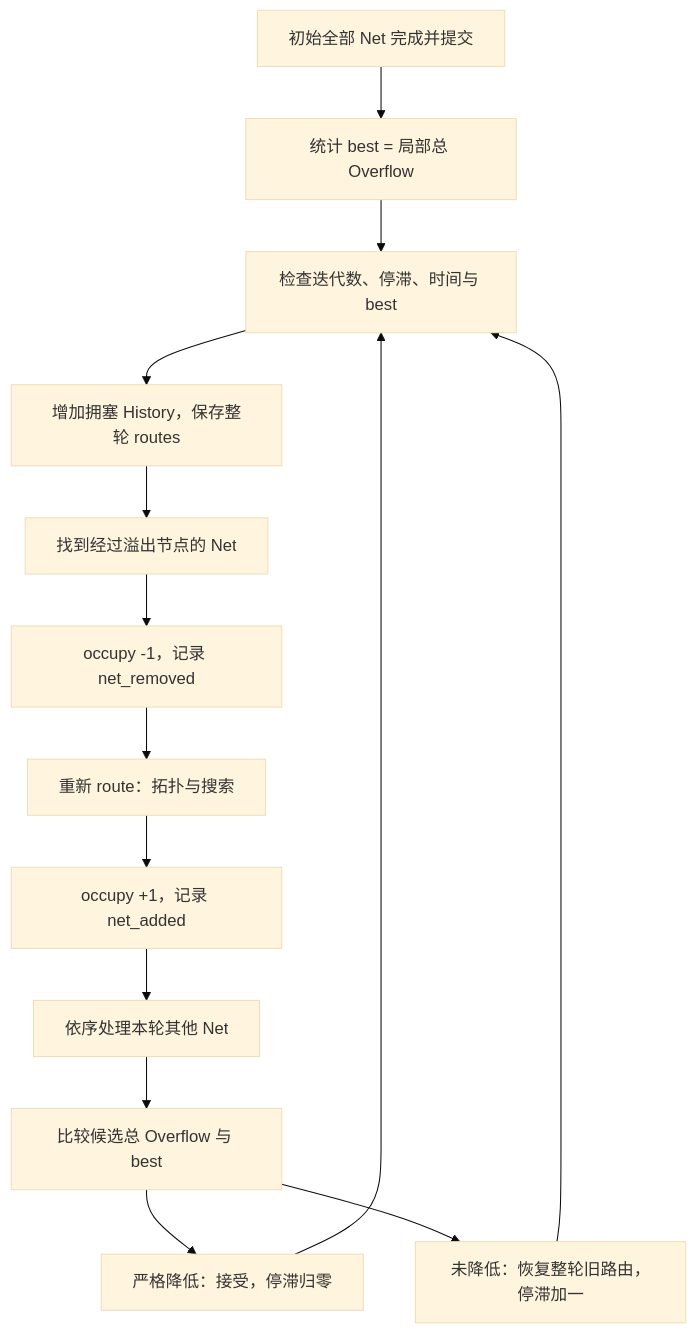
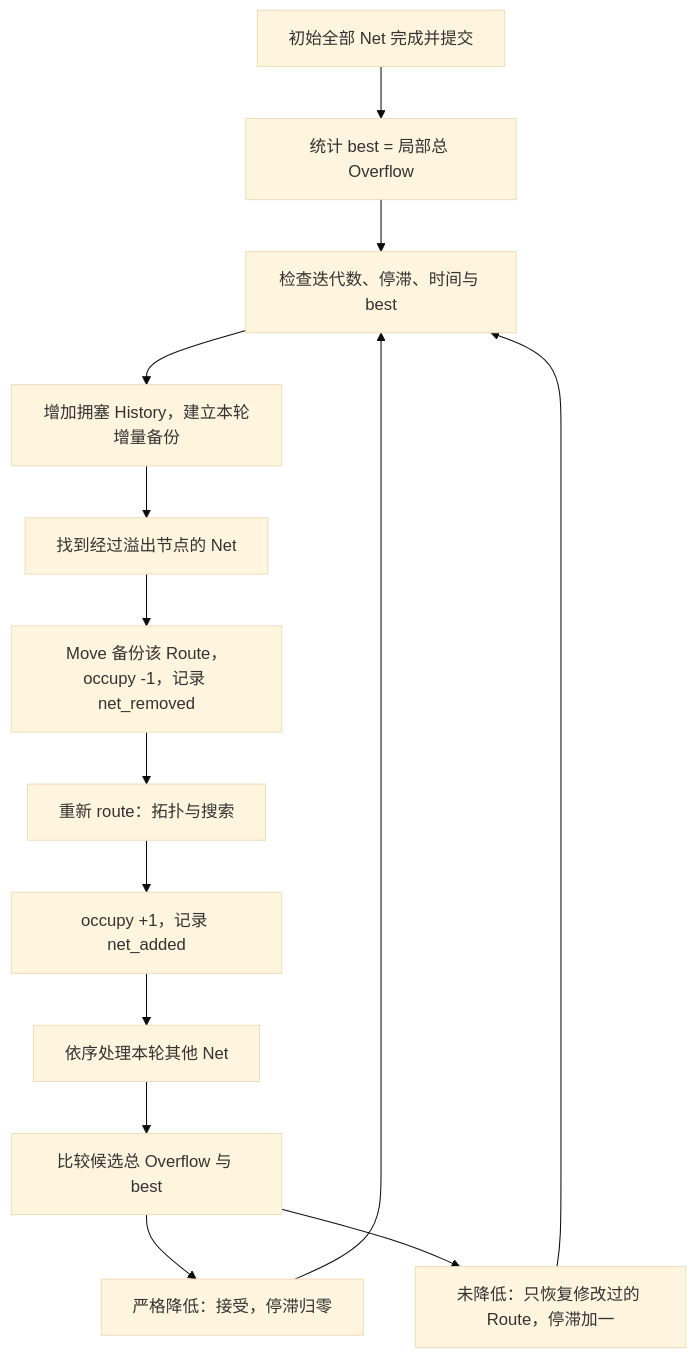
The fifth of 6 diagrams in 比赛代码逻辑.md (shenghong1130/3DIC-EDA), drawn with Mermaid (base theme) before and after one commit. The commit also changed other lines of this file and 18 other files, not shown here.

````diff
--- a/比赛代码逻辑.md
+++ b/比赛代码逻辑.md
@@ -1022,16 +1027,16 @@
 ```mermaid
 flowchart TD
     START["初始全部 Net 完成并提交"] --> MEASURE["统计 best = 局部总 Overflow"]
     MEASURE --> LIMIT["检查迭代数、停滞、时间与 best"]
-    LIMIT --> HISTORY["增加拥塞 History，保存整轮 routes"]
+    LIMIT --> HISTORY["增加拥塞 History，建立本轮增量备份"]
     HISTORY --> PICK["找到经过溢出节点的 Net"]
-    PICK --> REMOVE["occupy -1，记录 net_removed"]
+    PICK --> REMOVE["Move 备份该 Route，occupy -1，记录 net_removed"]
     REMOVE --> SEARCH["重新 route：拓扑与搜索"]
     SEARCH --> ADD["occupy +1，记录 net_added"]
     ADD --> NEXT["依序处理本轮其他 Net"]
     NEXT --> TEST["比较候选总 Overflow 与 best"]
     TEST --> ACCEPT["严格降低：接受，停滞归零"]
-    TEST --> ROLLBACK["未降低：恢复整轮旧路由，停滞加一"]
+    TEST --> ROLLBACK["未降低：只恢复修改过的 Route，停滞加一"]
     ACCEPT --> LIMIT
     ROLLBACK --> LIMIT
 ```
````
